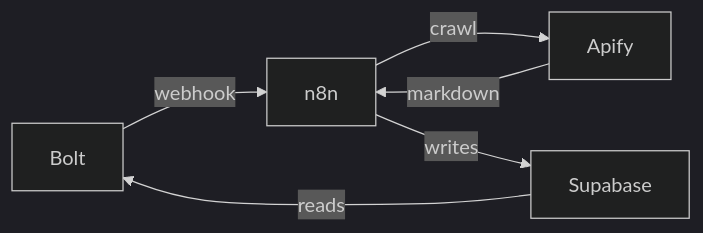
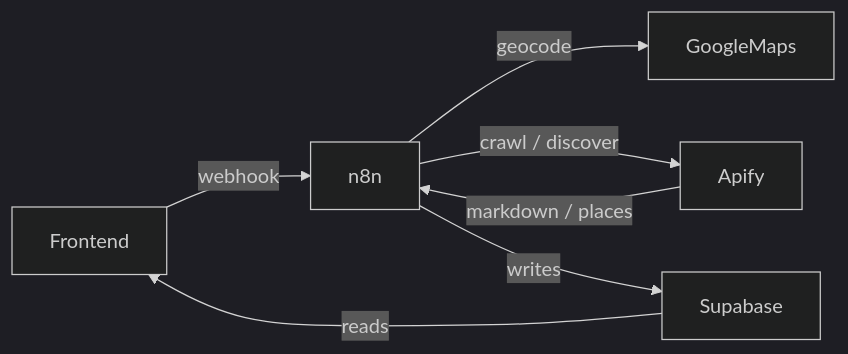
The diagram in README.md (akalmeher/Antler-VC-Apify-N8N-Bolt-Hackathon), drawn with Mermaid (dark theme) before and after one commit. The commit also changed other lines of this file and 13 other files, not shown here.

````diff
--- a/README.md
+++ b/README.md
@@ -20,8 +23,9 @@
 ```mermaid
 flowchart LR
-  Bolt -->|webhook| n8n
-  n8n -->|crawl| Apify
-  Apify -->|markdown| n8n
+  Frontend -->|webhook| n8n
+  n8n -->|geocode| GoogleMaps
+  n8n -->|crawl / discover| Apify
+  Apify -->|markdown / places| n8n
   n8n -->|writes| Supabase
-  Supabase -->|reads| Bolt
+  Supabase -->|reads| Frontend
 ```
````
